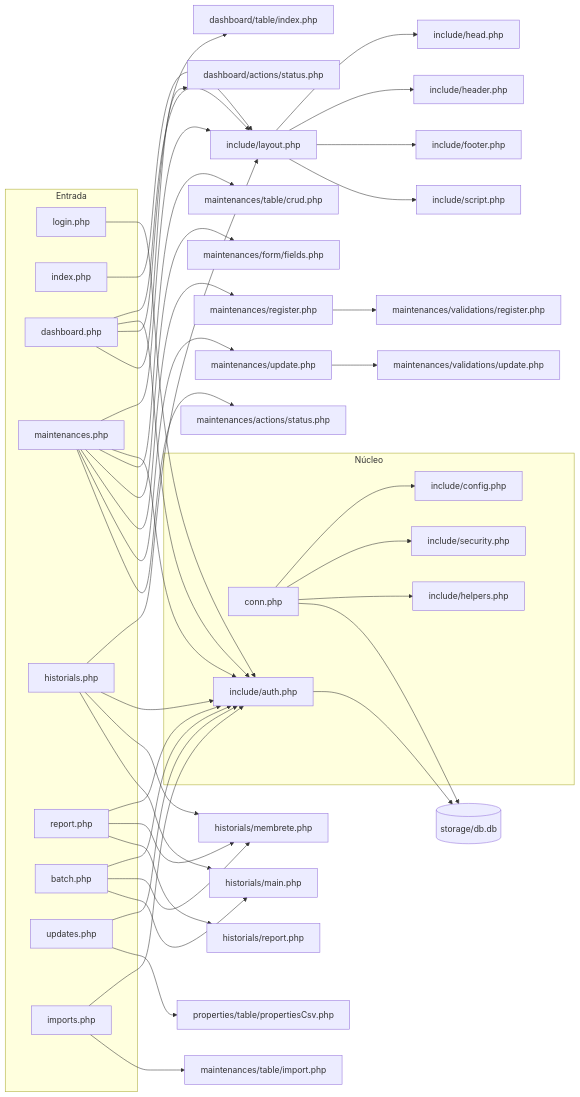
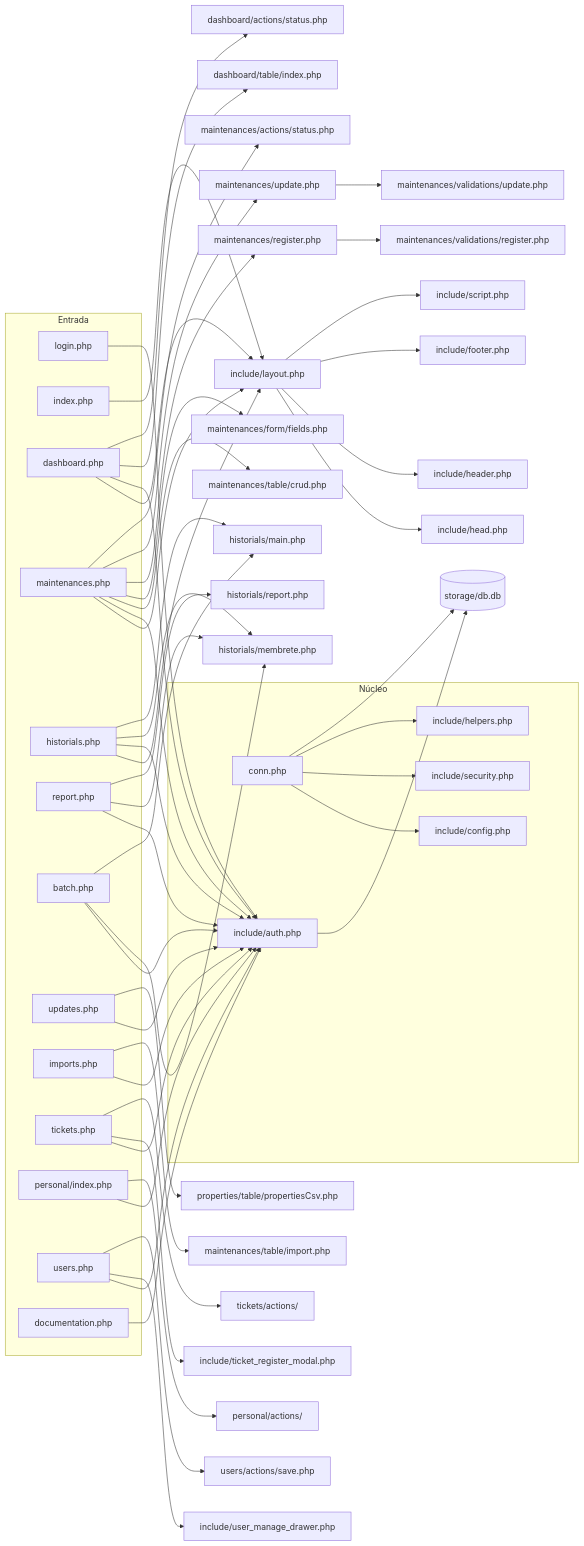
Before and after one commit to noemdb/systec: the tenth of 10 diagrams in grafo/logica-negocio.md, drawn with Mermaid. The commit also changed other lines of this file and 38 other files, not shown here.

````diff
--- a/grafo/logica-negocio.md
+++ b/grafo/logica-negocio.md
@@ -285,69 +353,82 @@
 ```mermaid
 graph LR
     subgraph Entrada
         LOGIN[login.php]
         IDX[index.php]
         DASH[dashboard.php]
         MAINT[maintenances.php]
         HIST[historials.php]
         REP[report.php]
         BATCH[batch.php]
         UPD[updates.php]
         IMP[imports.php]
+        TICK[tickets.php]
+        PERS[personal/index.php]
+        USERS[users.php]
+        DOC[documentation.php]
     end
 
     subgraph Núcleo
         CONN[conn.php]
         CONF[include/config.php]
         SEC[include/security.php]
         AUTH[include/auth.php]
         HELP[include/helpers.php]
     end
 
     LOGIN --> AUTH
     CONN --> CONF
     CONN --> SEC
     CONN --> HELP
     CONN --> DB[(storage/db.db)]
     AUTH --> DB
 
     IDX --> LAYOUT[include/layout.php]
     DASH --> LAYOUT
     MAINT --> LAYOUT
     HIST --> LAYOUT
 
     LAYOUT --> HEAD[include/head.php]
     LAYOUT --> HEADER[include/header.php]
     LAYOUT --> FOOTER[include/footer.php]
     LAYOUT --> SCRIPT[include/script.php]
 
     DASH --> AUTH
     MAINT --> AUTH
     HIST --> AUTH
     REP --> AUTH
     BATCH --> AUTH
     UPD --> AUTH
     IMP --> AUTH
+    TICK --> AUTH
+    PERS --> AUTH
+    USERS --> AUTH
+    DOC --> AUTH
 
     DASH --> DT[dashboard/table/index.php]
     DASH --> DACT[dashboard/actions/status.php]
 
     MAINT --> MCRUD[maintenances/table/crud.php]
     MAINT --> MFIELDS[maintenances/form/fields.php]
     MAINT --> MREG[maintenances/register.php]
     MAINT --> MUPD[maintenances/update.php]
     MAINT --> MSTAT[maintenances/actions/status.php]
     MREG --> MVAL[maintenances/validations/register.php]
     MUPD --> MUVAL[maintenances/validations/update.php]
 
     HIST --> HMEM[historials/membrete.php]
     HIST --> HMAIN[historials/main.php]
 
     REP --> HMEM
     REP --> HREP[historials/report.php]
     BATCH --> HMEM
     BATCH --> HMAIN
 
     UPD --> PCSV[properties/table/propertiesCsv.php]
     IMP --> MIMP[maintenances/table/import.php]
+    TICK --> TREG[include/ticket_register_modal.php]
+    TICK --> TACT[tickets/actions/]
+    PERS --> PACT[personal/actions/]
+    USERS --> UDRAW[include/user_manage_drawer.php]
+    USERS --> USAVE[users/actions/save.php]
 ```
````
